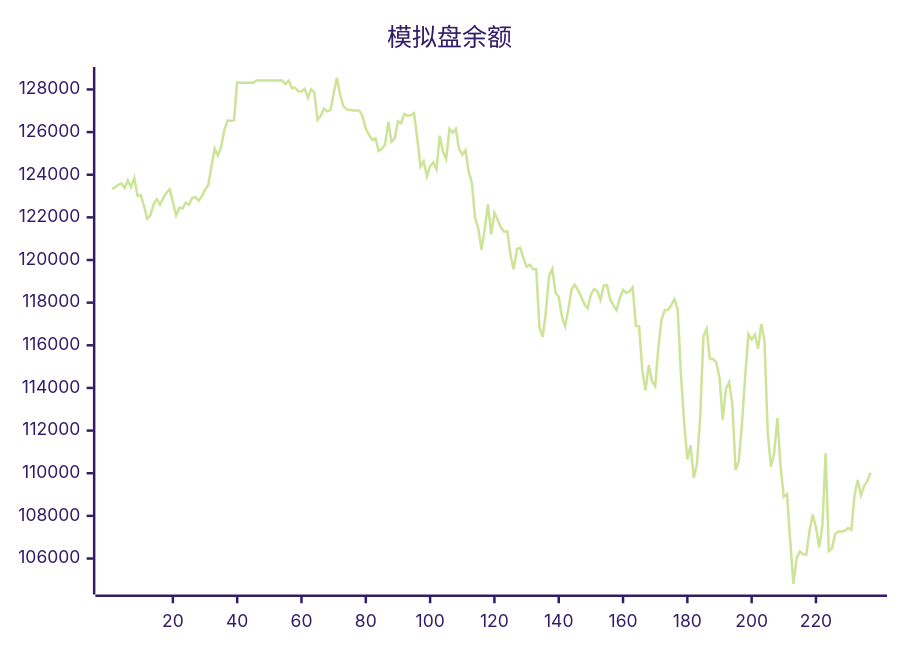
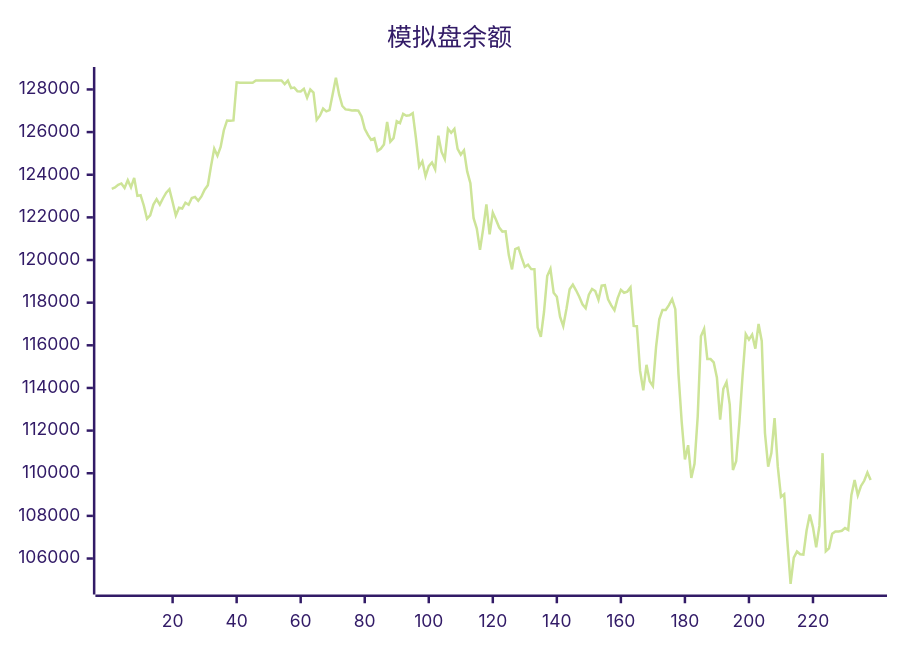
The diagram in README.md (aahl/ai-trading), drawn with Mermaid (forest theme) before and after one commit. The commit also changed other lines of this file and 1 other file, not shown here.

````diff
--- a/README.md
+++ b/README.md
@@ -5,5 +5,5 @@
 ```mermaid
 xychart
     title "模拟盘余额"
-    line [123338,123402,123530,123592,123378,123745,123413,123853,123009,123040,122557,121938,122095,122599,122856,122597,122898,123160,123319,122719,122087,122454,122416,122685,122592,122907,122961,122776,122981,123295,123507,124403,125224,124894,125303,126088,126544,126534,126549,128335,128318,128318,128318,128318,128318,128424,128424,128424,128424,128424,128424,128424,128424,128424,128247,128412,128062,128087,127917,127901,128026,127611,128000,127850,126572,126770,127100,126971,127029,127783,128554,127765,127224,127064,127044,127009,127025,127004,126738,126152,125871,125635,125707,125117,125217,125420,126480,125545,125715,126511,126424,126856,126764,126788,126890,125710,124381,124632,123936,124402,124574,124256,125833,125070,124739,126154,125966,126145,125213,124943,125143,124157,123604,121959,121476,120476,121470,122610,121201,122221,121889,121522,121332,121344,120232,119559,120513,120577,120108,119680,119777,119572,119568,116839,116392,117573,119250,119585,118469,118277,117338,116897,117706,118628,118849,118579,118280,117926,117735,118373,118639,118544,118136,118798,118819,118162,117874,117649,118215,118601,118463,118517,118713,116911,116899,114798,113887,115084,114313,114091,115934,117221,117658,117658,117883,118164,117693,114632,112403,110644,111313,109777,110444,112673,116419,116772,115355,115355,115198,114476,112510,113954,114276,113223,110151,110561,112361,114562,116522,116265,116500,115845,117000,116199,111887,110306,110942,112588,110318,108891,109011,106814,104811,106038,106327,106201,106180,107315,108068,107463,106528,107530,110941,106346,106482,107161,107268,107270,107302,107426,107340,108985,109681,108962,109404,109645,110030]
+    line [123338,123402,123530,123592,123378,123745,123413,123853,123009,123040,122557,121938,122095,122599,122856,122597,122898,123160,123319,122719,122087,122454,122416,122685,122592,122907,122961,122776,122981,123295,123507,124403,125224,124894,125303,126088,126544,126534,126549,128335,128318,128318,128318,128318,128318,128424,128424,128424,128424,128424,128424,128424,128424,128424,128247,128412,128062,128087,127917,127901,128026,127611,128000,127850,126572,126770,127100,126971,127029,127783,128554,127765,127224,127064,127044,127009,127025,127004,126738,126152,125871,125635,125707,125117,125217,125420,126480,125545,125715,126511,126424,126856,126764,126788,126890,125710,124381,124632,123936,124402,124574,124256,125833,125070,124739,126154,125966,126145,125213,124943,125143,124157,123604,121959,121476,120476,121470,122610,121201,122221,121889,121522,121332,121344,120232,119559,120513,120577,120108,119680,119777,119572,119568,116839,116392,117573,119250,119585,118469,118277,117338,116897,117706,118628,118849,118579,118280,117926,117735,118373,118639,118544,118136,118798,118819,118162,117874,117649,118215,118601,118463,118517,118713,116911,116899,114798,113887,115084,114313,114091,115934,117221,117658,117658,117883,118164,117693,114632,112403,110644,111313,109777,110444,112673,116419,116772,115355,115355,115198,114476,112510,113954,114276,113223,110151,110561,112361,114562,116522,116265,116500,115845,117000,116199,111887,110306,110942,112588,110318,108891,109011,106814,104811,106038,106327,106201,106180,107315,108068,107463,106528,107530,110941,106346,106482,107161,107268,107270,107302,107426,107340,108985,109681,108962,109404,109645,110030,109680]
 ```
````
